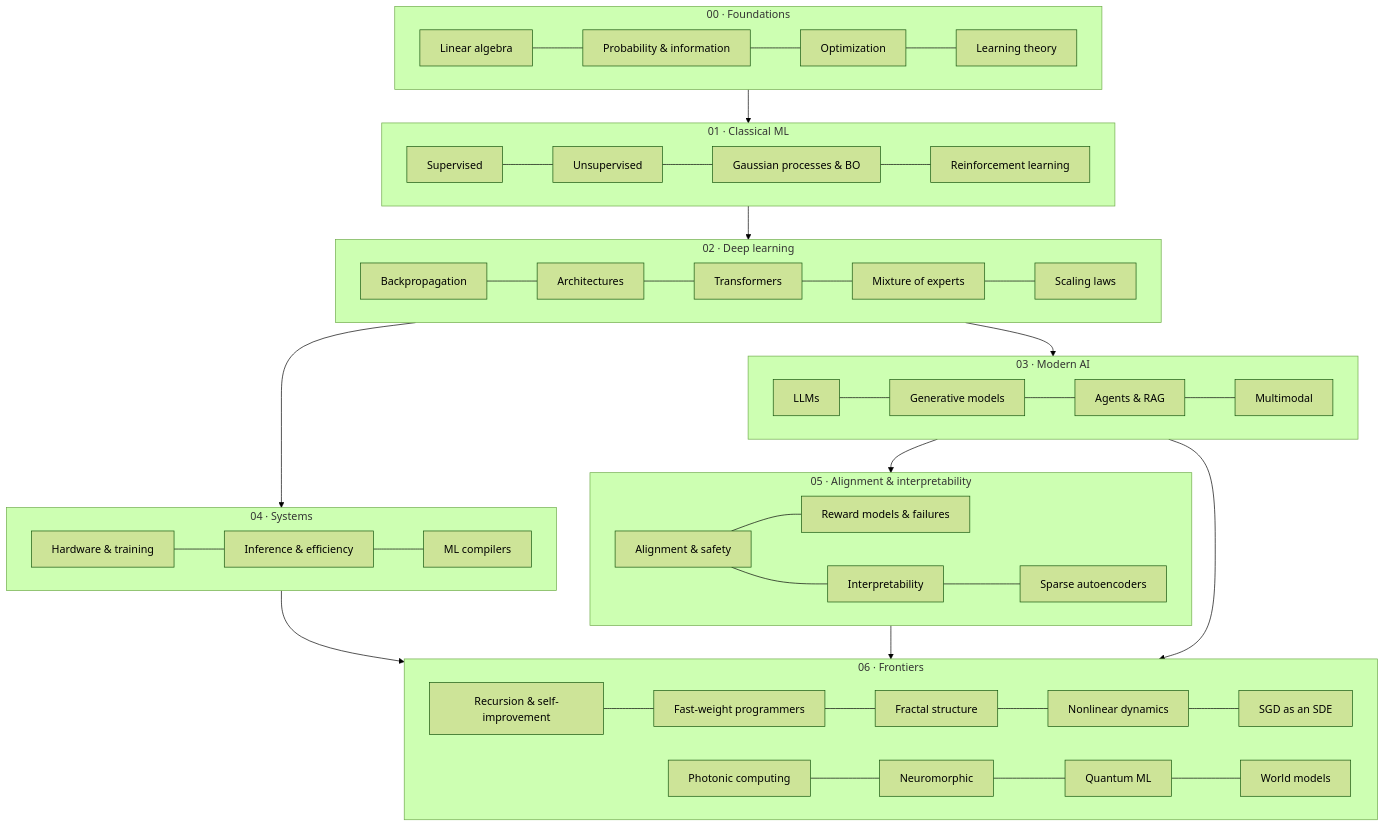
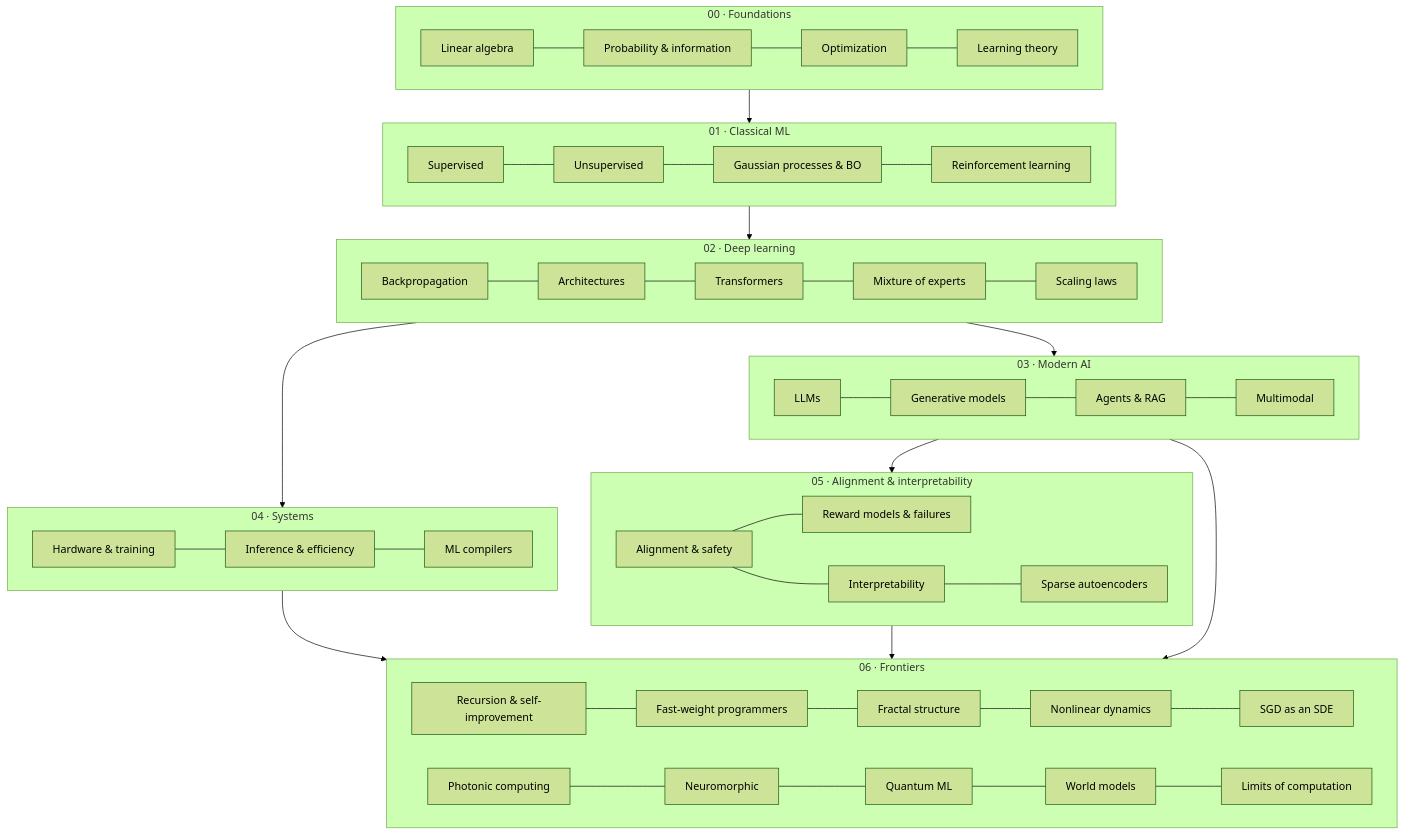
One commit to marcpoliquin5/understanding-ai changed the diagram in README.md. Above: the diagram before and after it, drawn with Mermaid (forest theme). The commit also changed other lines of this file and 7 other files, not shown here.

````diff
--- a/README.md
+++ b/README.md
@@ -30,32 +30,32 @@
 ```mermaid
 flowchart TB
     subgraph F[00 · Foundations]
         F1[Linear algebra] --- F2[Probability & information] --- F3[Optimization] --- F4[Learning theory]
     end
     subgraph C[01 · Classical ML]
         C1[Supervised] --- C2[Unsupervised] --- C4[Gaussian processes & BO] --- C3[Reinforcement learning]
     end
     subgraph D[02 · Deep learning]
         D1[Backpropagation] --- D2[Architectures] --- D3[Transformers] --- D5[Mixture of experts] --- D4[Scaling laws]
     end
     subgraph M[03 · Modern AI]
         M1[LLMs] --- M2[Generative models] --- M3[Agents & RAG] --- M4[Multimodal]
     end
     subgraph S[04 · Systems]
         S1[Hardware & training] --- S2[Inference & efficiency] --- S3[ML compilers]
     end
     subgraph A[05 · Alignment & interpretability]
         A1[Alignment & safety] --- A3[Reward models & failures]
         A1 --- A2[Interpretability] --- A4[Sparse autoencoders]
     end
     subgraph X[06 · Frontiers]
         X1[Recursion & self-improvement] --- X1b[Fast-weight programmers] --- X2[Fractal structure] --- X3[Nonlinear dynamics] --- X3b[SGD as an SDE]
-        X4[Photonic computing] --- X5[Neuromorphic] --- X6[Quantum ML] --- X7[World models]
+        X4[Photonic computing] --- X5[Neuromorphic] --- X6[Quantum ML] --- X7[World models] --- X8[Limits of computation]
     end
     F --> C --> D --> M
     D --> S
     M --> A
     S --> X
     A --> X
     M --> X
 ```
````
